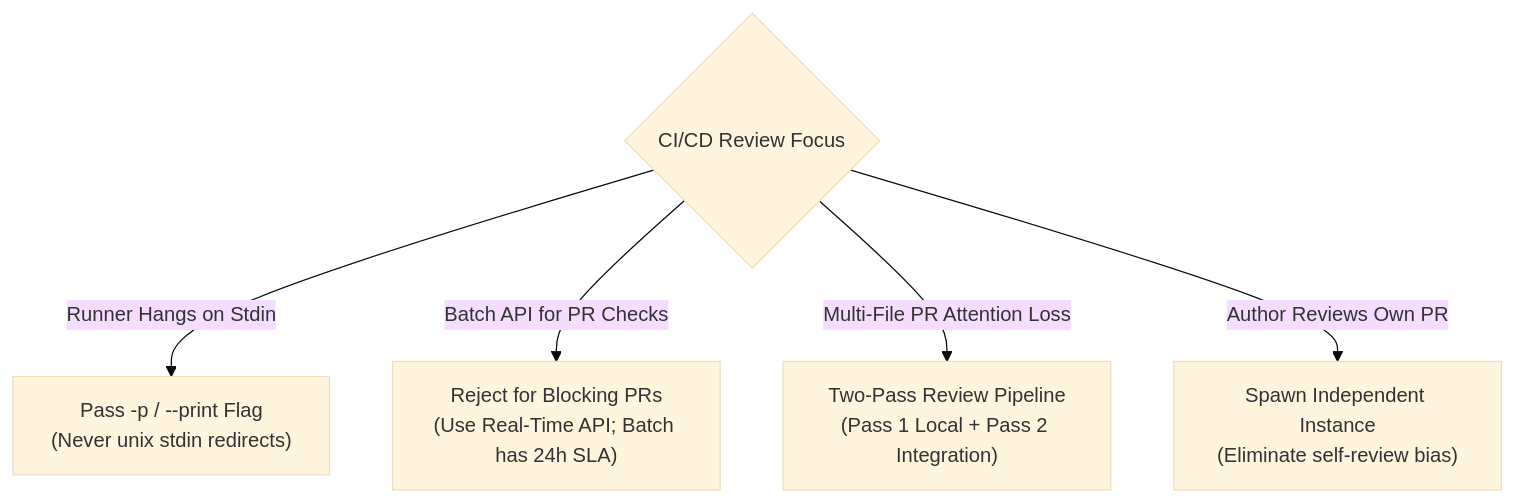
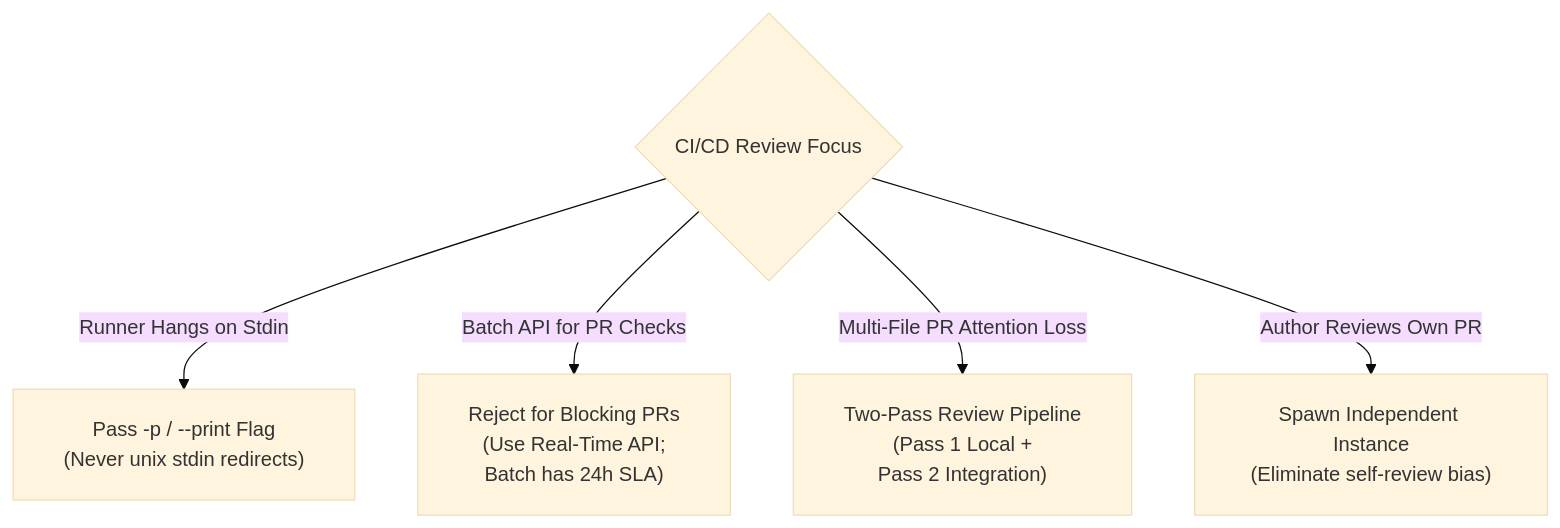
One commit to dip4k/claude_cert_architect_foundation_prep changed the first of 4 diagrams in scenarios/scenario_5_continuous_integration/SCENARIO_GUIDE.md. Above: the diagram before and after it, drawn with Mermaid (base theme). The commit also changed other lines of this file and 31 other files, not shown here.

First line of the commit message:
docs(diagrams): fix text trimming, padding, and layout in all mermaid diagrams

````diff
--- a/scenarios/scenario_5_continuous_integration/SCENARIO_GUIDE.md
+++ b/scenarios/scenario_5_continuous_integration/SCENARIO_GUIDE.md
@@ -54,8 +54,9 @@
 ```mermaid
+%%{init: {"flowchart": {"htmlLabels": true, "padding": 20}}}%%
 flowchart TD
     Start{CI/CD Review Focus}
     Start -->|Runner Hangs on Stdin| D1["Pass -p / --print Flag<br/>(Never unix stdin redirects)"]
-    Start -->|Batch API for PR Checks| D2["Reject for Blocking PRs<br/>(Use Real-Time API; Batch has 24h SLA)"]
-    Start -->|Multi-File PR Attention Loss| D3["Two-Pass Review Pipeline<br/>(Pass 1 Local + Pass 2 Integration)"]
+    Start -->|Batch API for PR Checks| D2["Reject for Blocking PRs<br/>(Use Real-Time API;<br/>Batch has 24h SLA)"]
+    Start -->|Multi-File PR Attention Loss| D3["Two-Pass Review Pipeline<br/>(Pass 1 Local +<br/>Pass 2 Integration)"]
     Start -->|Author Reviews Own PR| D4["Spawn Independent Instance<br/>(Eliminate self-review bias)"]
 ```
````
